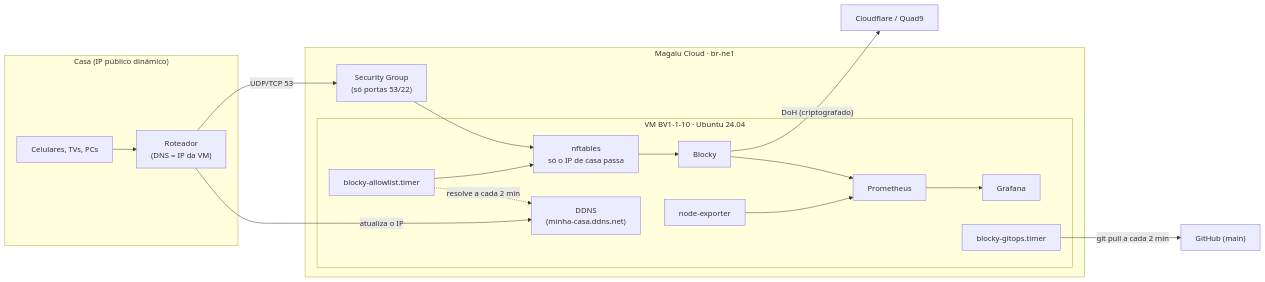
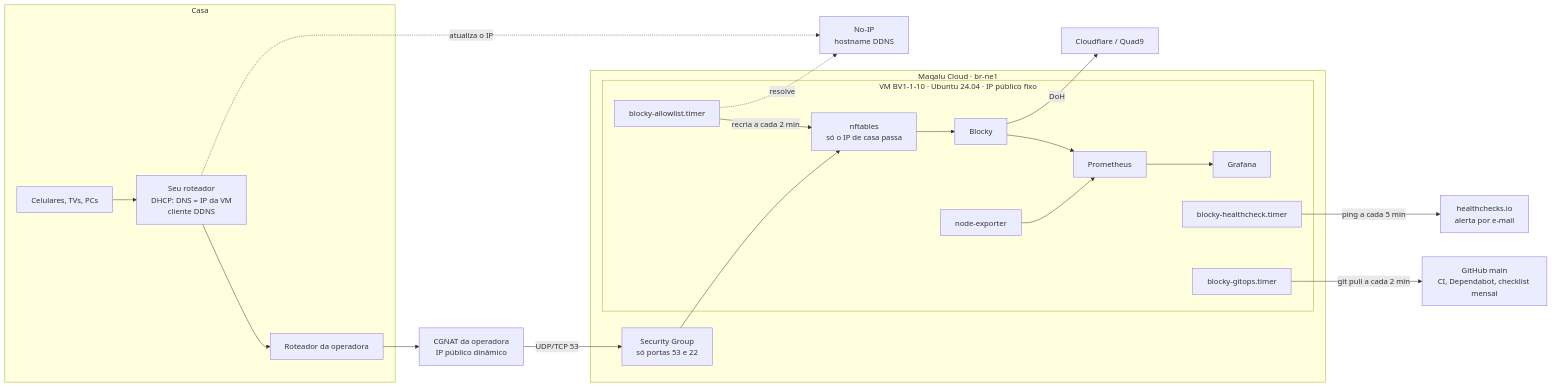
Before and after one commit to MarcosDaNight/blocky-cloud-dns: the diagram in README.md, drawn with Mermaid. The commit also changed other lines of this file, not shown here.

First line of the commit message:
docs(readme): document the DDNS setup and the real network topology (#11)

````diff
--- a/README.md
+++ b/README.md
@@ -8,21 +8,25 @@
 ```mermaid
 flowchart LR
-  subgraph casa["Casa (IP público dinâmico)"]
-    dev["Celulares, TVs, PCs"] --> router["Roteador<br/>(DNS = IP da VM)"]
+  subgraph casa["Casa"]
+    dev["Celulares, TVs, PCs"] --> router["Seu roteador<br/>DHCP: DNS = IP da VM<br/>cliente DDNS"]
+    router --> isp["Roteador da operadora"]
   end
-  router -- "atualiza o IP" --> ddns["DDNS<br/>(minha-casa.ddns.net)"]
-  router -- "UDP/TCP 53" --> sg
+  isp --> cgnat["CGNAT da operadora<br/>IP público dinâmico"]
+  router -. "atualiza o IP" .-> ddns["No-IP<br/>hostname DDNS"]
+  cgnat -- "UDP/TCP 53" --> sg
   subgraph mgc["Magalu Cloud · br-ne1"]
-    sg["Security Group<br/>(só portas 53/22)"] --> fw
-    subgraph vm["VM BV1-1-10 · Ubuntu 24.04"]
-      fw["nftables<br/>só o IP de casa passa"] --> blocky
-      allow["blocky-allowlist.timer"] -. "resolve a cada 2 min" .-> ddns
-      allow --> fw
-      blocky["Blocky"] --> prom["Prometheus"] --> graf["Grafana"]
+    sg["Security Group<br/>só portas 53 e 22"] --> fw
+    subgraph vm["VM BV1-1-10 · Ubuntu 24.04 · IP público fixo"]
+      fw["nftables<br/>só o IP de casa passa"] --> blocky["Blocky"]
+      allow["blocky-allowlist.timer"] -- "recria a cada 2 min" --> fw
+      blocky --> prom["Prometheus"] --> graf["Grafana"]
       node["node-exporter"] --> prom
+      hc["blocky-healthcheck.timer"]
       gitops["blocky-gitops.timer"]
     end
   end
-  blocky -- "DoH (criptografado)" --> up["Cloudflare / Quad9"]
-  gitops -- "git pull a cada 2 min" --> gh["GitHub (main)"]
+  allow -. "resolve" .-> ddns
+  blocky -- "DoH" --> up["Cloudflare / Quad9"]
+  gitops -- "git pull a cada 2 min" --> gh["GitHub main<br/>CI, Dependabot, checklist mensal"]
+  hc -- "ping a cada 5 min" --> hcio["healthchecks.io<br/>alerta por e-mail"]
 ```
````
